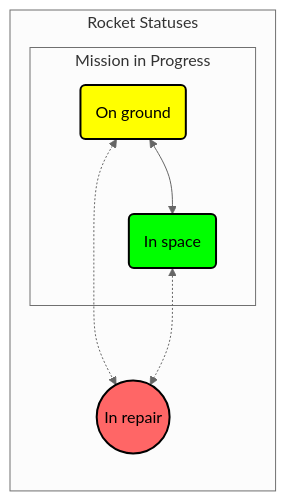
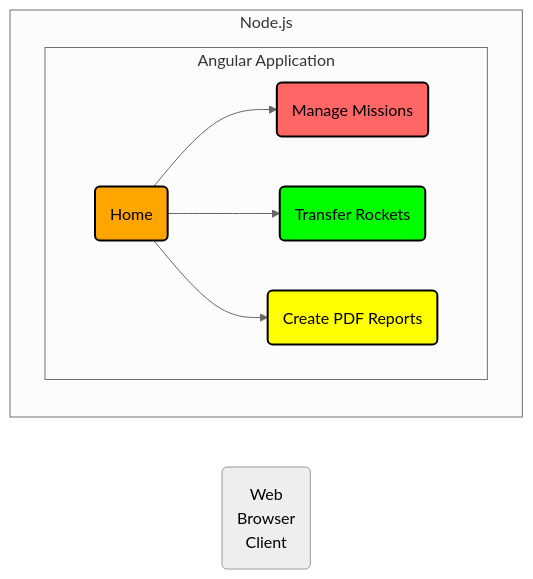
Before and after one commit to Ee-Cs/RecruitmentTaskS2: the first of 3 diagrams in docs/README.md, drawn with Mermaid (neutral theme). The commit also changed other lines of this file and 1 other file, not shown here.

````diff
--- a/docs/README.md
+++ b/docs/README.md
@@ -48,23 +49,21 @@
 ```mermaid
 flowchart LR
-%% 
-GND(On ground):::yellowBox
-SPC(In space):::greenBox
-REP((In repair)):::redBox
-
-subgraph "Rocket Statuses"
-  subgraph "Mission in Progress"
-    GND <--> SPC
+  HOME(Home):::orangeBox
+  MNG_MIS(Manage Missions):::redBox
+  TRA_ROC(Transfer Rockets):::greenBox
+  PDF(Create PDF Reports):::yellowBox
+  WBC("Web<br>Browser<br>Client")
+%% Flows
+  subgraph Node.js
+    subgraph "Angular Application"
+      HOME --> MNG_MIS
+      HOME --> TRA_ROC
+      HOME --> PDF
+    end
   end
-  GND <.-> REP
-  SPC <.-> REP
-end
-
 %% Style Definitions
   classDef redBox fill: #ff6666, stroke: #000, stroke-width: 2px
   classDef greenBox fill: #00ff00, stroke: #000, stroke-width: 2px
-  classDef cyanBox fill: #00ffff, stroke: #000, stroke-width: 2px
-  classDef magentaBox fill: #ff00ff, stroke: #000, stroke-width: 2px
   classDef yellowBox fill: #ffff00, stroke: #000, stroke-width: 2px
   classDef orangeBox  fill: #ffa500,stroke: #000, stroke-width:2px
 ```
````
